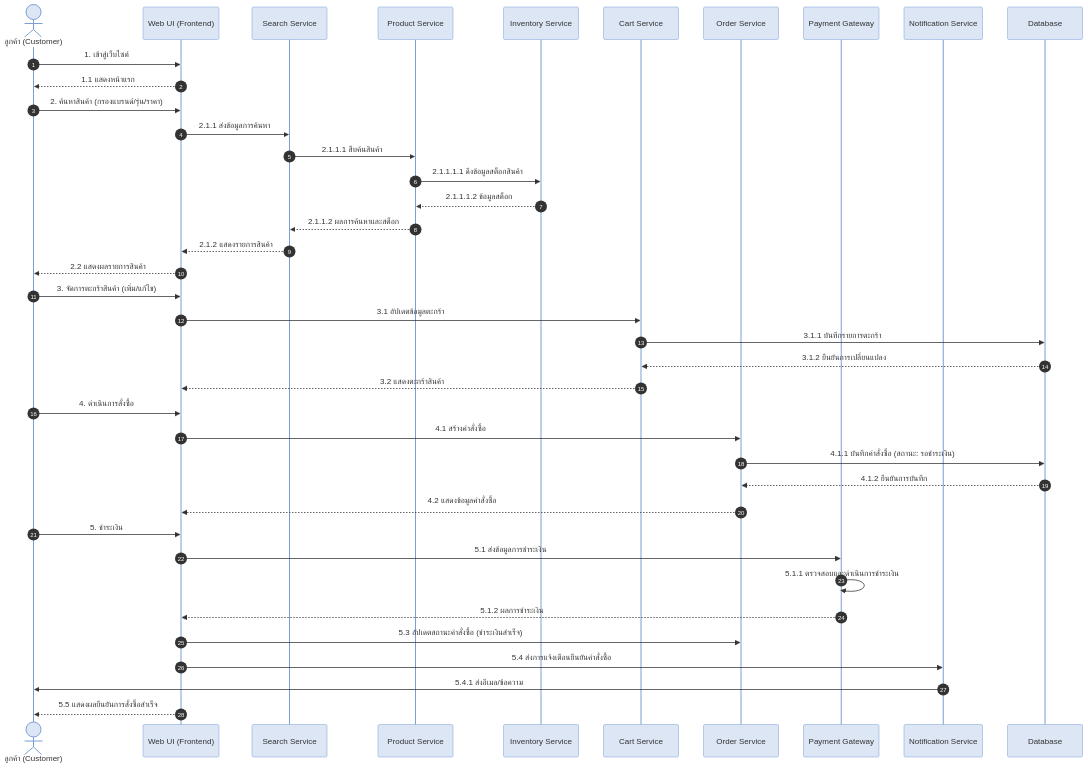
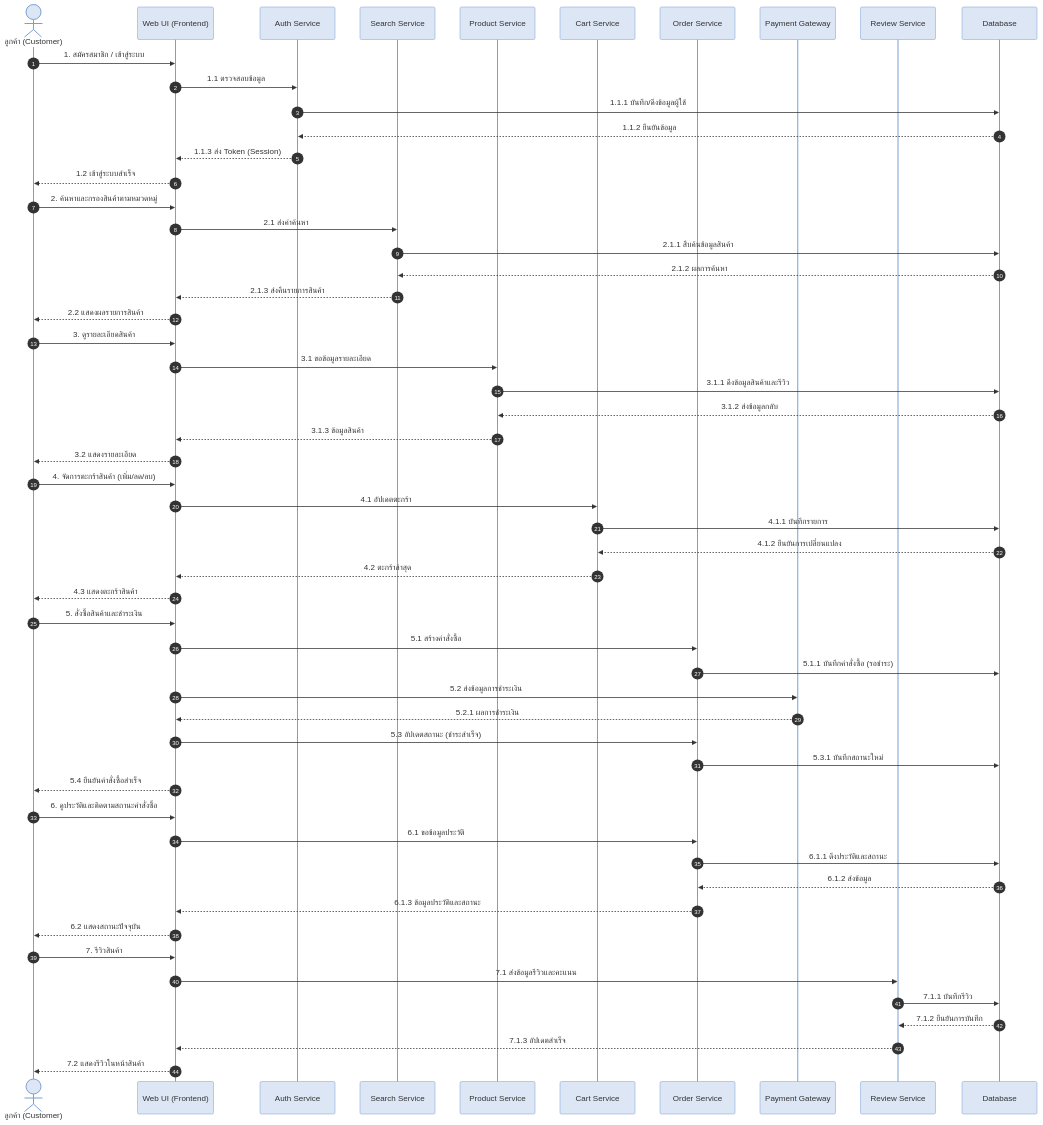
Before and after one commit to ArGusmumumimi/PC-Center-: the fifth of 8 diagrams in README.md, drawn with Mermaid. The commit also changed other lines of this file, not shown here.

````diff
--- a/README.md
+++ b/README.md
@@ -457,48 +433,73 @@
 ```mermaid
 %%{init: {'theme': 'base', 'themeVariables': {'actorBkg': '#dce6f5', 'actorTextColor': '#333', 'actorBorder': '#7b9fd4', 'signalColor': '#333', 'signalTextColor': '#333', 'labelBoxBkgColor': '#dce6f5', 'labelBoxBorderColor': '#7b9fd4', 'labelTextColor': '#333', 'loopTextColor': '#333', 'noteBkgColor': '#fff3cd', 'noteTextColor': '#333', 'noteBorderColor': '#ffc107', 'activationBkgColor': '#e8f0fe', 'activationBorderColor': '#7b9fd4', 'sequenceNumberColor': '#fff', 'background': '#ffffff'}}}%%
 sequenceDiagram
     autonumber
     actor C as ลูกค้า (Customer)
     participant WEB as Web UI (Frontend)
+    participant AUTH as Auth Service
     participant SEARCH as Search Service
     participant PROD as Product Service
-    participant INV as Inventory Service
     participant CART as Cart Service
     participant ORD as Order Service
     participant PAY as Payment Gateway
-    participant NOTI as Notification Service
+    participant REV as Review Service
     participant DB as Database
 
-    C->>WEB: 1. เข้าสู่เว็บไซต์
-    WEB-->>C: 1.1 แสดงหน้าแรก
+    %% 1. สมัครสมาชิกและเข้าสู่ระบบ
+    C->>WEB: 1. สมัครสมาชิก / เข้าสู่ระบบ
+    WEB->>AUTH: 1.1 ตรวจสอบข้อมูล
+    AUTH->>DB: 1.1.1 บันทึก/ดึงข้อมูลผู้ใช้
+    DB-->>AUTH: 1.1.2 ยืนยันข้อมูล
+    AUTH-->>WEB: 1.1.3 ส่ง Token (Session)
+    WEB-->>C: 1.2 เข้าสู่ระบบสำเร็จ
 
-    C->>WEB: 2. ค้นหาสินค้า (กรองแบรนด์/รุ่น/ราคา)
-    WEB->>SEARCH: 2.1.1 ส่งข้อมูลการค้นหา
-    SEARCH->>PROD: 2.1.1.1 สืบค้นสินค้า
-    PROD->>INV: 2.1.1.1.1 ดึงข้อมูลสต็อกสินค้า
-    INV-->>PROD: 2.1.1.1.2 ข้อมูลสต็อก
-    PROD-->>SEARCH: 2.1.1.2 ผลการค้นหาและสต็อก
-    SEARCH-->>WEB: 2.1.2 แสดงรายการสินค้า
+    %% 2. ค้นหาและกรองสินค้า
+    C->>WEB: 2. ค้นหาและกรองสินค้าตามหมวดหมู่
+    WEB->>SEARCH: 2.1 ส่งคำค้นหา
+    SEARCH->>DB: 2.1.1 สืบค้นข้อมูลสินค้า
+    DB-->>SEARCH: 2.1.2 ผลการค้นหา
+    SEARCH-->>WEB: 2.1.3 ส่งคืนรายการสินค้า
     WEB-->>C: 2.2 แสดงผลรายการสินค้า
 
-    C->>WEB: 3. จัดการตะกร้าสินค้า (เพิ่ม/แก้ไข)
-    WEB->>CART: 3.1 อัปเดตข้อมูลตะกร้า
-    CART->>DB: 3.1.1 บันทึกรายการตะกร้า
-    DB-->>CART: 3.1.2 ยืนยันการเปลี่ยนแปลง
-    CART-->>WEB: 3.2 แสดงตะกร้าสินค้า
+    %% 3. ดูรายละเอียดสินค้า
+    C->>WEB: 3. ดูรายละเอียดสินค้า
+    WEB->>PROD: 3.1 ขอข้อมูลรายละเอียด
+    PROD->>DB: 3.1.1 ดึงข้อมูลสินค้าและรีวิว
+    DB-->>PROD: 3.1.2 ส่งข้อมูลกลับ
+    PROD-->>WEB: 3.1.3 ข้อมูลสินค้า
+    WEB-->>C: 3.2 แสดงรายละเอียด
 
-    C->>WEB: 4. ดำเนินการสั่งซื้อ
-    WEB->>ORD: 4.1 สร้างคำสั่งซื้อ
-    ORD->>DB: 4.1.1 บันทึกคำสั่งซื้อ (สถานะ: รอชำระเงิน)
-    DB-->>ORD: 4.1.2 ยืนยันการบันทึก
-    ORD-->>WEB: 4.2 แสดงข้อมูลคำสั่งซื้อ
+    %% 4. จัดการตะกร้าสินค้า
+    C->>WEB: 4. จัดการตะกร้าสินค้า (เพิ่ม/ลด/ลบ)
+    WEB->>CART: 4.1 อัปเดตตะกร้า
+    CART->>DB: 4.1.1 บันทึกรายการ
+    DB-->>CART: 4.1.2 ยืนยันการเปลี่ยนแปลง
+    CART-->>WEB: 4.2 ตะกร้าล่าสุด
+    WEB-->>C: 4.3 แสดงตะกร้าสินค้า
 
-    C->>WEB: 5. ชำระเงิน
-    WEB->>PAY: 5.1 ส่งข้อมูลการชำระเงิน
-    PAY->>PAY: 5.1.1 ตรวจสอบและดำเนินการชำระเงิน
-    PAY-->>WEB: 5.1.2 ผลการชำระเงิน
-    WEB->>ORD: 5.3 อัปเดตสถานะคำสั่งซื้อ (ชำระเงินสำเร็จ)
-    WEB->>NOTI: 5.4 ส่งการแจ้งเตือนยืนยันคำสั่งซื้อ
-    NOTI->>C: 5.4.1 ส่งอีเมล/ข้อความ
-    WEB-->>C: 5.5 แสดงผลยืนยันการสั่งซื้อสำเร็จ
+    %% 5. สั่งซื้อสินค้าและชำระเงิน
+    C->>WEB: 5. สั่งซื้อสินค้าและชำระเงิน
+    WEB->>ORD: 5.1 สร้างคำสั่งซื้อ
+    ORD->>DB: 5.1.1 บันทึกคำสั่งซื้อ (รอชำระ)
+    WEB->>PAY: 5.2 ส่งข้อมูลการชำระเงิน
+    PAY-->>WEB: 5.2.1 ผลการชำระเงิน
+    WEB->>ORD: 5.3 อัปเดตสถานะ (ชำระสำเร็จ)
+    ORD->>DB: 5.3.1 บันทึกสถานะใหม่
+    WEB-->>C: 5.4 ยืนยันคำสั่งซื้อสำเร็จ
+
+    %% 6. ติดตามสถานะและประวัติการสั่งซื้อ
+    C->>WEB: 6. ดูประวัติและติดตามสถานะคำสั่งซื้อ
+    WEB->>ORD: 6.1 ขอข้อมูลประวัติ
+    ORD->>DB: 6.1.1 ดึงประวัติและสถานะ
+    DB-->>ORD: 6.1.2 ส่งข้อมูล
+    ORD-->>WEB: 6.1.3 ข้อมูลประวัติและสถานะ
+    WEB-->>C: 6.2 แสดงสถานะปัจจุบัน
+
+    %% 7. รีวิวสินค้า
+    C->>WEB: 7. รีวิวสินค้า
+    WEB->>REV: 7.1 ส่งข้อมูลรีวิวและคะแนน
+    REV->>DB: 7.1.1 บันทึกรีวิว
+    DB-->>REV: 7.1.2 ยืนยันการบันทึก
+    REV-->>WEB: 7.1.3 อัปเดตสำเร็จ
+    WEB-->>C: 7.2 แสดงรีวิวในหน้าสินค้า
 ```
````
